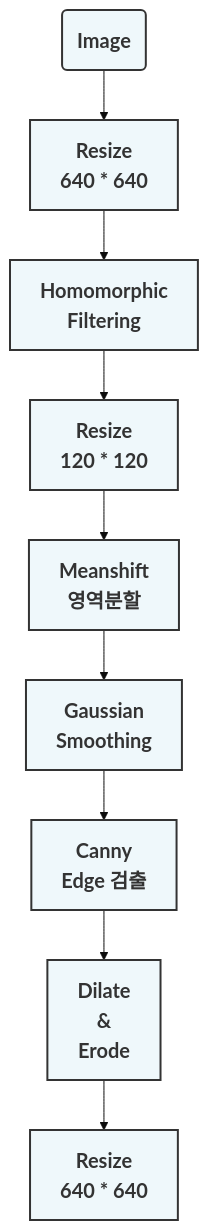
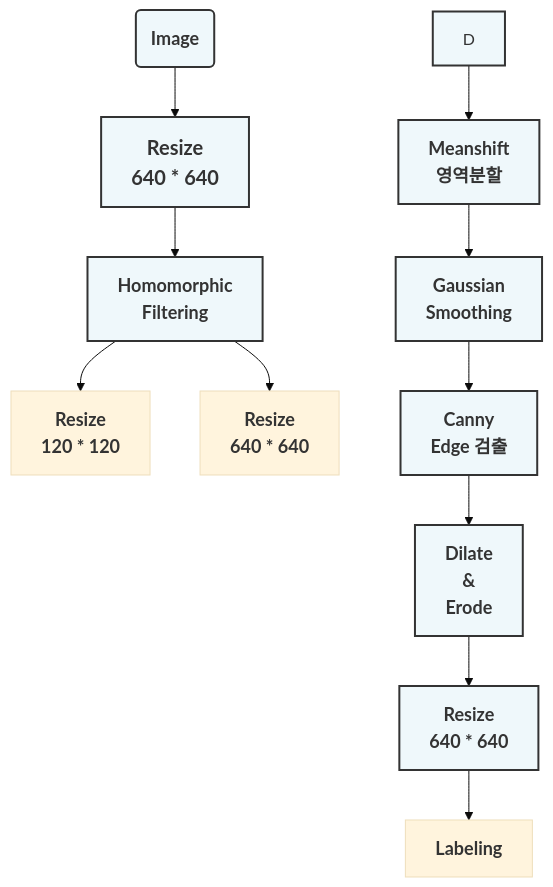
The second of 2 diagrams in Readme.md (201710808/-p), drawn with Mermaid (base theme) before and after one commit.

````diff
--- a/Readme.md
+++ b/Readme.md
@@ -13,22 +13,24 @@
 ```mermaid
 graph
-A(<b><span style='font-size:20px'>Image</span></b>)-->B[<b><span style='font-size:20px'>Resize<br>640 * 640</span></b>]
-B-->C[<b><span style='font-size:20px'>Homomorphic<br>Filtering</span></b>]
-C-->D[<b><span style='font-size:20px'>Resize<br>120 * 120</span></b>]
-D-->E[<b><span style='font-size:20px'>Meanshift<br>영역분할</span></b>]
-E-->F[<b><span style='font-size:20px'>Gaussian<br>Smoothing</span></b>]
-F-->G[<b><span style='font-size:20px'>Canny<br>Edge 검출</span></b>]
-G-->H[<b><span style='font-size:20px'>Dilate<br>&<br>Erode</span></b>]
-H-->I[<b><span style='font-size:20px'>Resize<br>640 * 640</span></b>]
+A(<b><span style='font-size:18px'>Image</span></b>)-->B[<b><span style='font-size:20px'>Resize<br>640 * 640</span></b>]
+B-->C[<b><span style='font-size:18px'>Homomorphic<br>Filtering</span></b>]
+C-->D1[<b><span style='font-size:18px'>Resize<br>120 * 120</span></b>]
+D-->E[<b><span style='font-size:18px'>Meanshift<br>영역분할</span></b>]
+E-->F[<b><span style='font-size:18px'>Gaussian<br>Smoothing</span></b>]
+F-->G[<b><span style='font-size:18px'>Canny<br>Edge 검출</span></b>]
+G-->H[<b><span style='font-size:18px'>Dilate<br>&<br>Erode</span></b>]
+H-->I[<b><span style='font-size:18px'>Resize<br>640 * 640</span></b>]
+I-->J[<b><span style='font-size:18px'>Labeling</span></b>]
+C-->D2[<b><span style='font-size:18px'>Resize<br>640 * 640</span></b>]
 
 
 style A fill:#EFF8FB ,stroke:#333,stroke-width:2px
 style B fill:#EFF8FB ,stroke:#333,stroke-width:2px
 style C fill:#EFF8FB ,stroke:#333,stroke-width:2px
 style D fill:#EFF8FB ,stroke:#333,stroke-width:2px
 style E fill:#EFF8FB ,stroke:#333,stroke-width:2px
 style F fill:#EFF8FB ,stroke:#333,stroke-width:2px
 style G fill:#EFF8FB ,stroke:#333,stroke-width:2px
 style H fill:#EFF8FB ,stroke:#333,stroke-width:2px
 style I fill:#EFF8FB ,stroke:#333,stroke-width:2px
 ```
````
